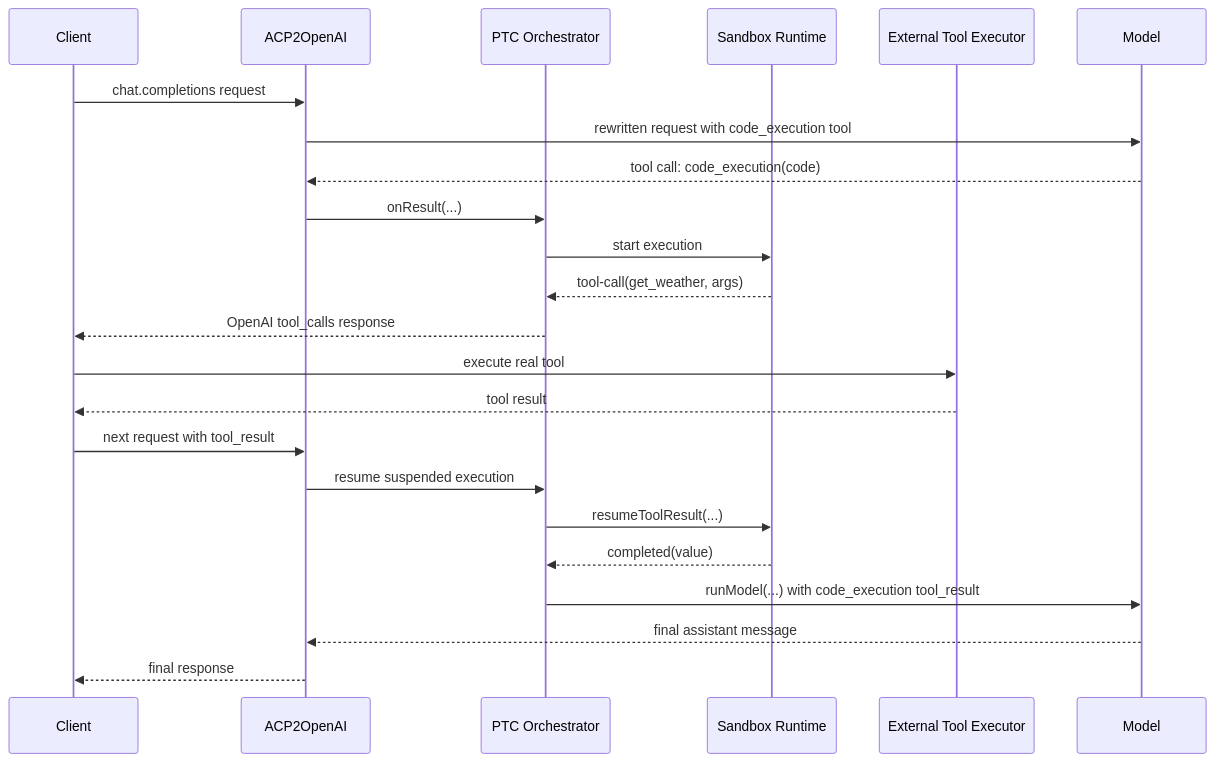
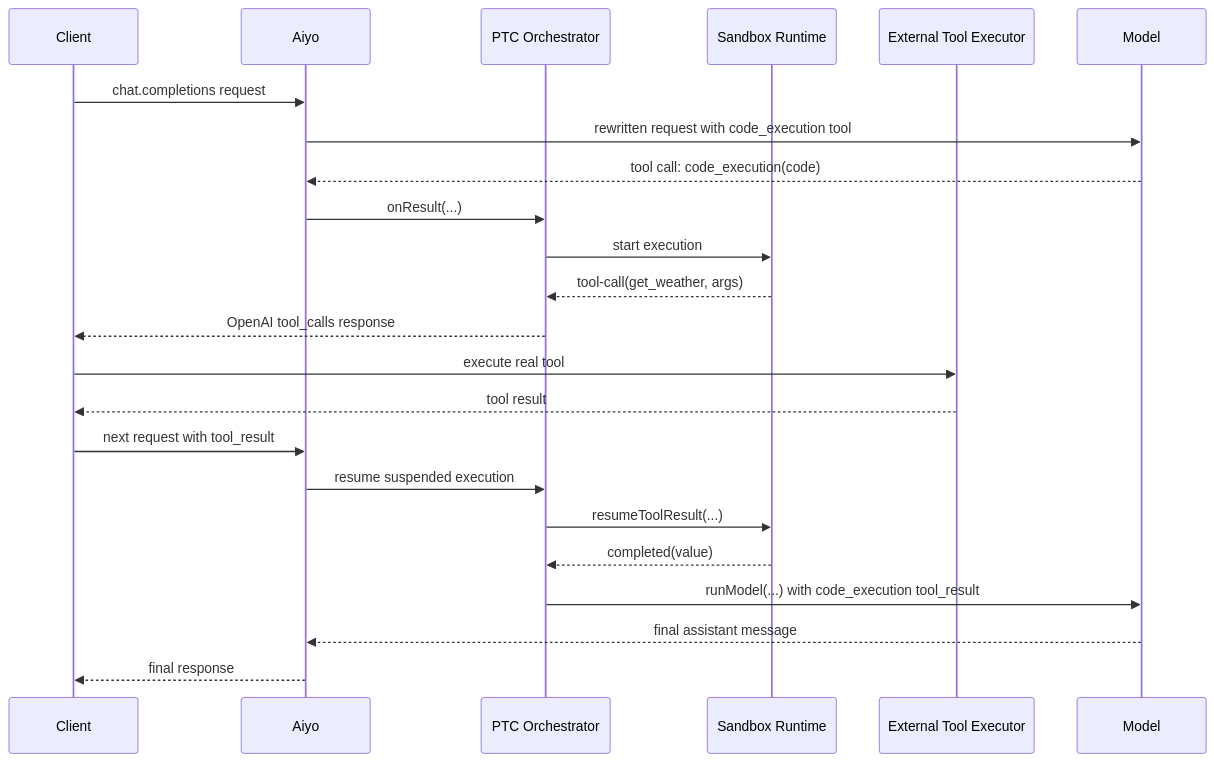
The diagram in docs/ptc-architecture.md (mcpc-tech/aiyo), drawn with Mermaid before and after one commit. The commit also changed other lines of this file and 33 other files, not shown here.

````diff
--- a/docs/ptc-architecture.md
+++ b/docs/ptc-architecture.md
@@ -99,26 +99,26 @@
 ```mermaid
 sequenceDiagram
     participant Client
-    participant Adapter as ACP2OpenAI
+    participant Adapter as Aiyo
     participant Orchestrator as PTC Orchestrator
     participant Sandbox as Sandbox Runtime
     participant ToolRunner as External Tool Executor
     participant Model
 
     Client->>Adapter: chat.completions request
     Adapter->>Model: rewritten request with code_execution tool
     Model-->>Adapter: tool call: code_execution(code)
     Adapter->>Orchestrator: onResult(...)
     Orchestrator->>Sandbox: start execution
     Sandbox-->>Orchestrator: tool-call(get_weather, args)
     Orchestrator-->>Client: OpenAI tool_calls response
     Client->>ToolRunner: execute real tool
     ToolRunner-->>Client: tool result
     Client->>Adapter: next request with tool_result
     Adapter->>Orchestrator: resume suspended execution
     Orchestrator->>Sandbox: resumeToolResult(...)
     Sandbox-->>Orchestrator: completed(value)
     Orchestrator->>Model: runModel(...) with code_execution tool_result
     Model-->>Adapter: final assistant message
     Adapter-->>Client: final response
 ```
````
